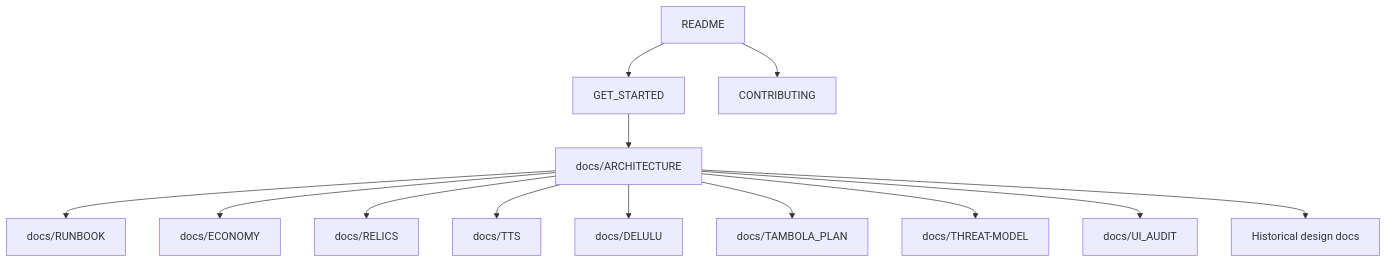
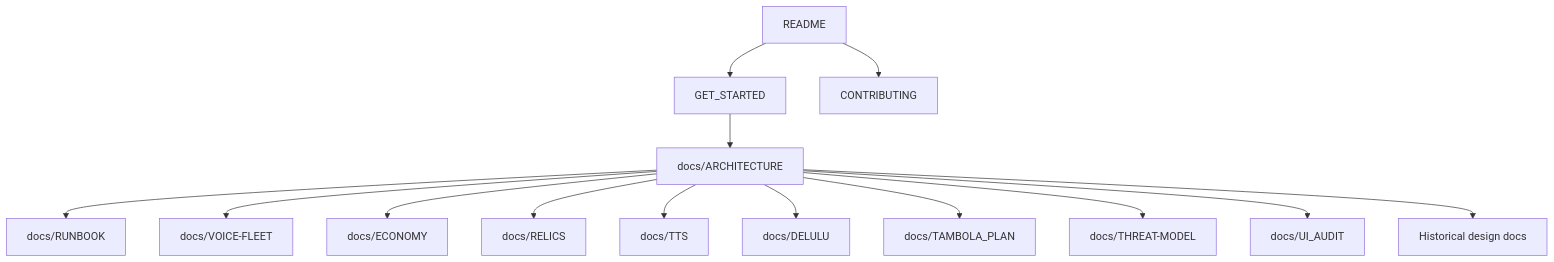
The diagram in docs/README.md (DeathSurfing/siela-bot), drawn with Mermaid before and after one commit. The commit also changed other lines of this file and 27 other files, not shown here.

First line of the commit message:
feat(fleet): N-bot voice fleet behind a stateless router

````diff
--- a/docs/README.md
+++ b/docs/README.md
@@ -5,15 +5,16 @@
 ```mermaid
 flowchart TD
   START[README] --> GET[GET_STARTED]
   GET --> ARCH[docs/ARCHITECTURE]
   START --> CONTRIB[CONTRIBUTING]
   ARCH --> RUN[docs/RUNBOOK]
+  ARCH --> FLEET[docs/VOICE-FLEET]
   ARCH --> ECON[docs/ECONOMY]
   ARCH --> RELICS[docs/RELICS]
   ARCH --> TTS[docs/TTS]
   ARCH --> DELULU[docs/DELULU]
   ARCH --> TAMBOLA[docs/TAMBOLA_PLAN]
   ARCH --> THREAT[docs/THREAT-MODEL]
   ARCH --> UI[docs/UI_AUDIT]
   ARCH --> HIST[Historical design docs]
 ```
````
